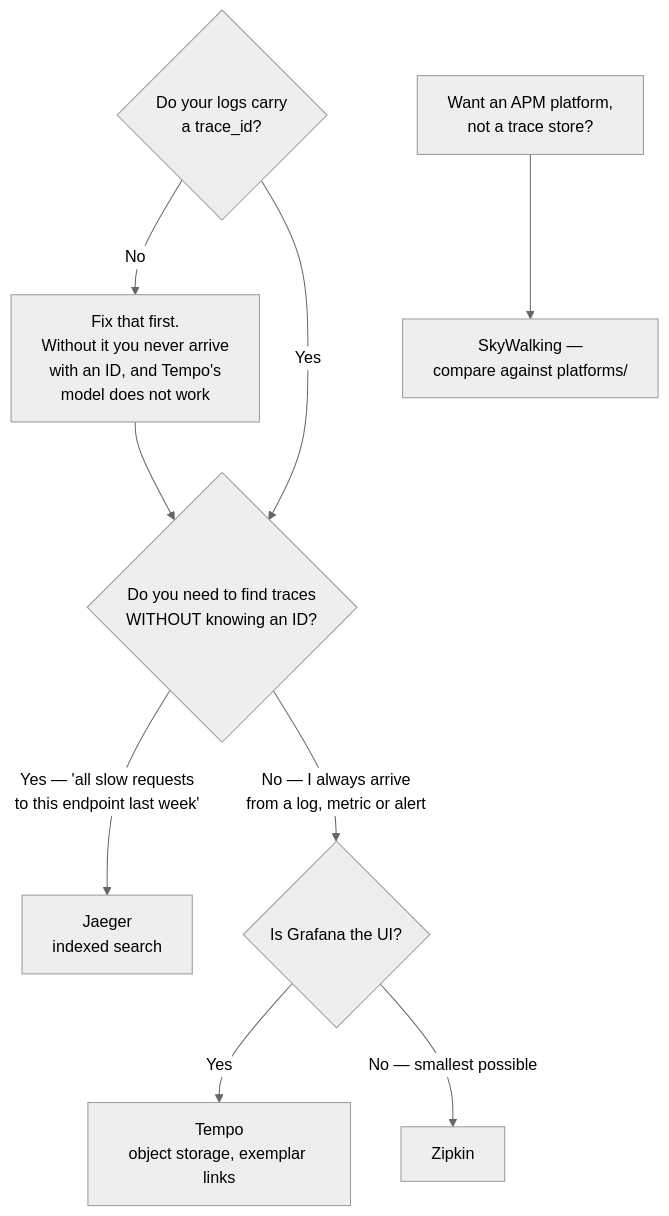
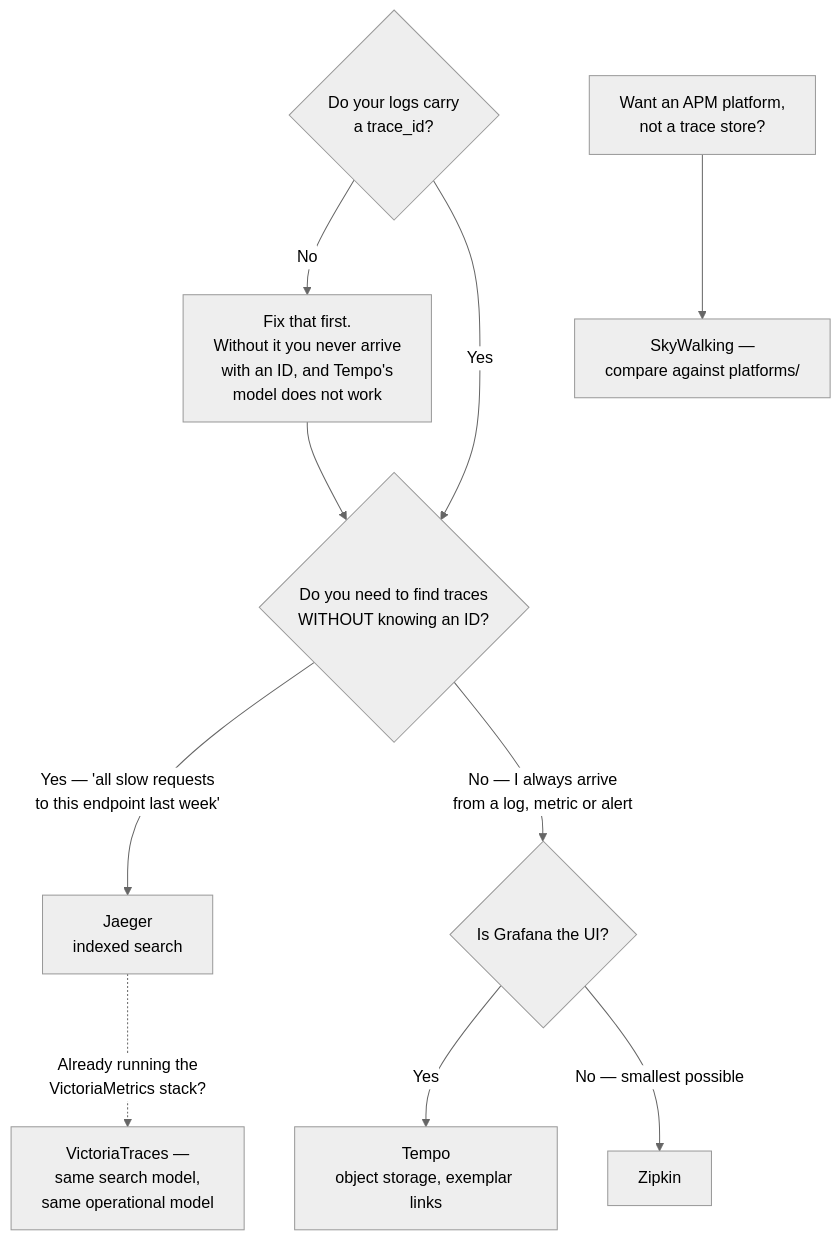
One commit to andreyolv/pikakube changed the diagram in infrastructure/observability/tracing/storage/README.md. Above: the diagram before and after it, drawn with Mermaid (neutral theme). The commit also changed other lines of this file and 32 other files, not shown here.

````diff
--- a/infrastructure/observability/tracing/storage/README.md
+++ b/infrastructure/observability/tracing/storage/README.md
@@ -62,19 +68,21 @@
 ```mermaid
 flowchart TD
     START{Do your logs carry<br/>a trace_id?}
 
     START -->|No| FIX[Fix that first.<br/>Without it you never arrive<br/>with an ID, and Tempo's<br/>model does not work]
     START -->|Yes| Q1
 
     Q1{Do you need to find traces<br/>WITHOUT knowing an ID?}
     Q1 -->|Yes — 'all slow requests<br/>to this endpoint last week'| JA[Jaeger<br/>indexed search]
     Q1 -->|No — I always arrive<br/>from a log, metric or alert| Q2
 
     Q2{Is Grafana the UI?}
     Q2 -->|Yes| TE[Tempo<br/>object storage, exemplar links]
     Q2 -->|No — smallest possible| ZI[Zipkin]
 
     FIX --> Q1
 
+    JA -.->|Already running the<br/>VictoriaMetrics stack?| VT[VictoriaTraces —<br/>same search model,<br/>same operational model]
+
     OTHER[Want an APM platform,<br/>not a trace store?] --> SW[SkyWalking —<br/>compare against platforms/]
 ```
````
